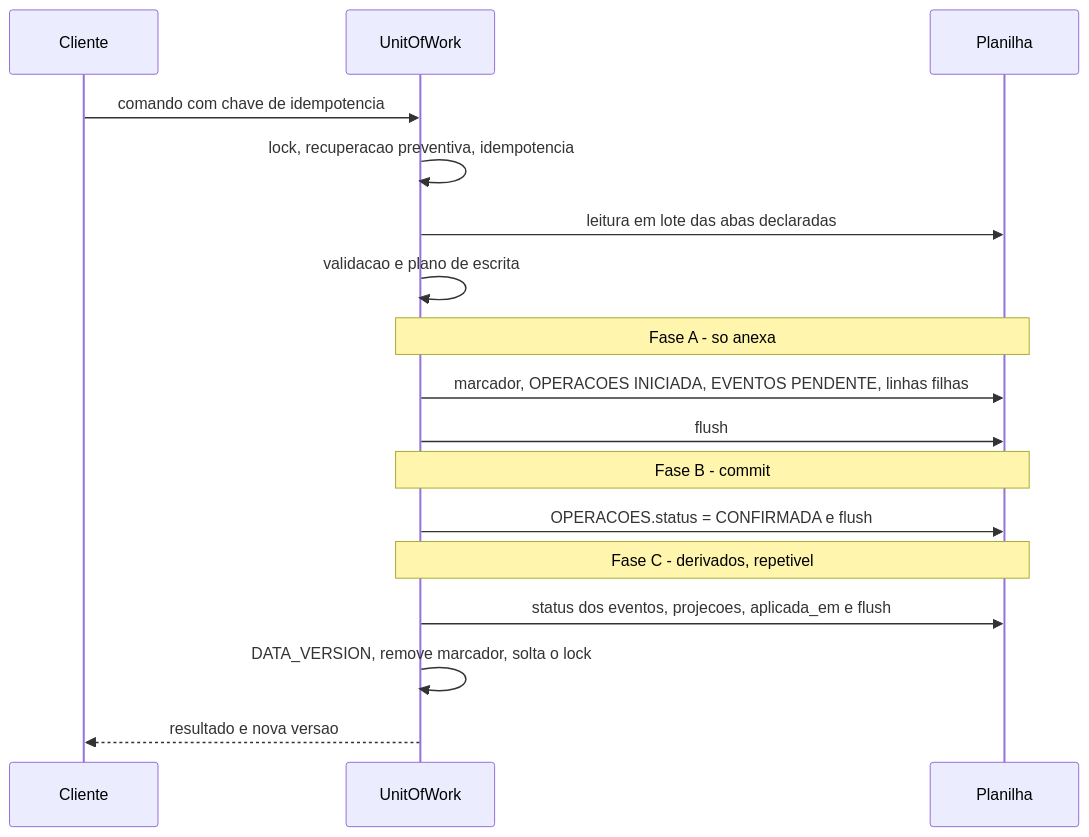
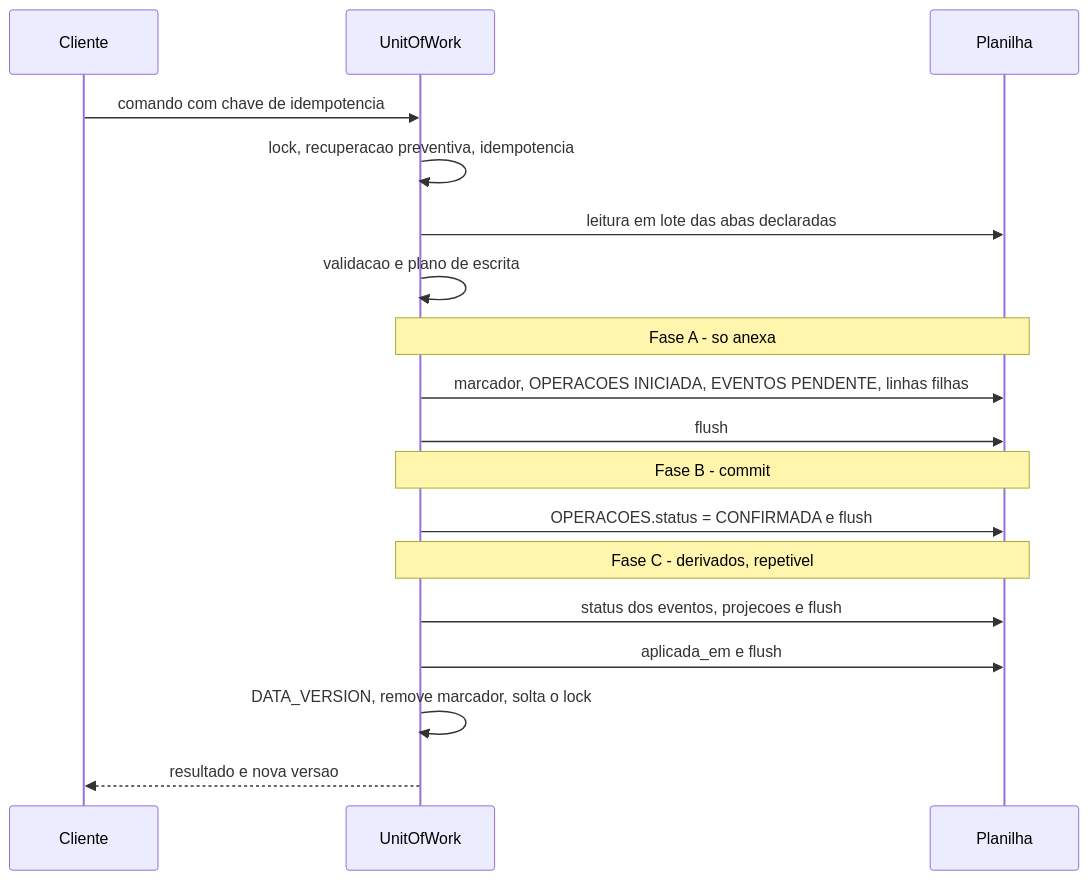
One commit to vagnervelho/Meus-experimentos changed the diagram in erp-pecuario/docs/fase-0/06-persistencia-e-integridade.md. Above: the diagram before and after it, drawn with Mermaid. The commit also changed other lines of this file and 13 other files, not shown here.

````diff
--- a/erp-pecuario/docs/fase-0/06-persistencia-e-integridade.md
+++ b/erp-pecuario/docs/fase-0/06-persistencia-e-integridade.md
@@ -83,19 +83,20 @@
 ```mermaid
 sequenceDiagram
   participant C as Cliente
   participant U as UnitOfWork
   participant P as Planilha
   C->>U: comando com chave de idempotencia
   U->>U: lock, recuperacao preventiva, idempotencia
   U->>P: leitura em lote das abas declaradas
   U->>U: validacao e plano de escrita
   Note over U,P: Fase A - so anexa
   U->>P: marcador, OPERACOES INICIADA, EVENTOS PENDENTE, linhas filhas
   U->>P: flush
   Note over U,P: Fase B - commit
   U->>P: OPERACOES.status = CONFIRMADA e flush
   Note over U,P: Fase C - derivados, repetivel
-  U->>P: status dos eventos, projecoes, aplicada_em e flush
+  U->>P: status dos eventos, projecoes e flush
+  U->>P: aplicada_em e flush
   U->>U: DATA_VERSION, remove marcador, solta o lock
   U-->>C: resultado e nova versao
 ```
````
